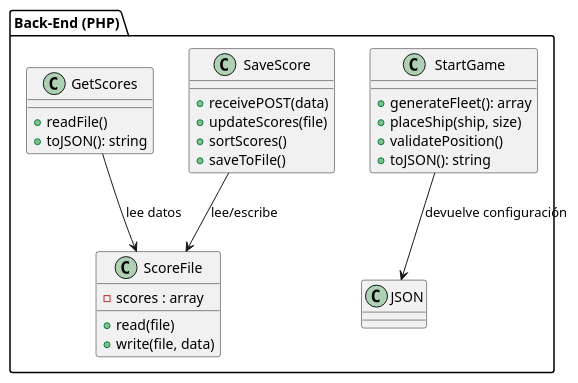
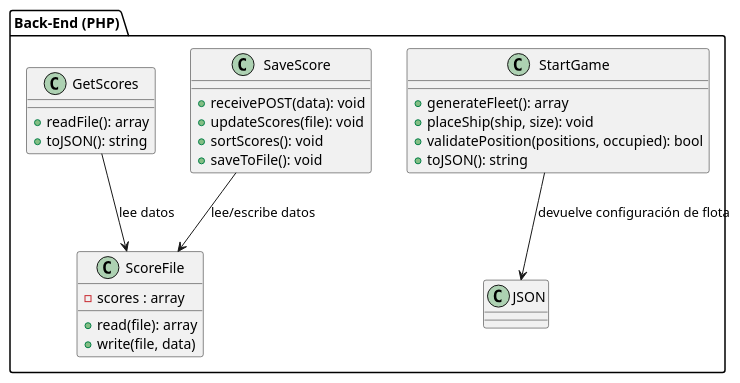
The diagram in docs/backend.puml (moimenta84/Hundir-la-flota), drawn with PlantUML before and after one commit. The commit also changed 3 other files, not shown here.

```diff
--- a/docs/backend.puml
+++ b/docs/backend.puml
@@ -2,38 +2,38 @@
 @startuml
 
 
 
 '==========================
 '   CLASES BACK-END (PHP)
 '==========================
 package "Back-End (PHP)" {
     class StartGame {
         +generateFleet(): array
-        +placeShip(ship, size)
-        +validatePosition()
+        +placeShip(ship, size): void
+        +validatePosition(positions, occupied): bool
         +toJSON(): string
     }
 
     class SaveScore {
-        +receivePOST(data)
-        +updateScores(file)
-        +sortScores()
-        +saveToFile()
+        +receivePOST(data): void
+        +updateScores(file): void
+        +sortScores(): void
+        +saveToFile(): void
     }
 
     class GetScores {
-        +readFile()
+        +readFile(): array
         +toJSON(): string
     }
 
     class ScoreFile {
         -scores : array
-        +read(file)
+        +read(file): array
         +write(file, data)
     }
 
-    StartGame --> "JSON" : devuelve configuración
-    SaveScore --> ScoreFile : lee/escribe
+    StartGame --> "JSON" : devuelve configuración de flota
+    SaveScore --> ScoreFile : lee/escribe datos
     GetScores --> ScoreFile : lee datos
 }
 @enduml
```
